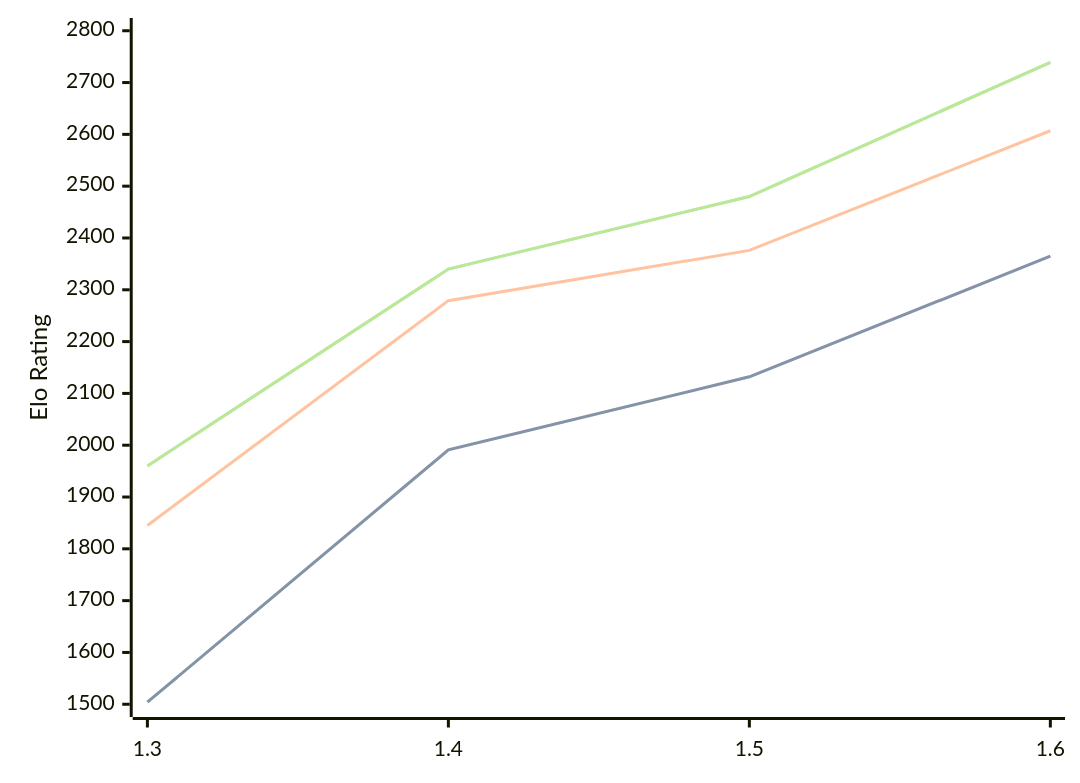
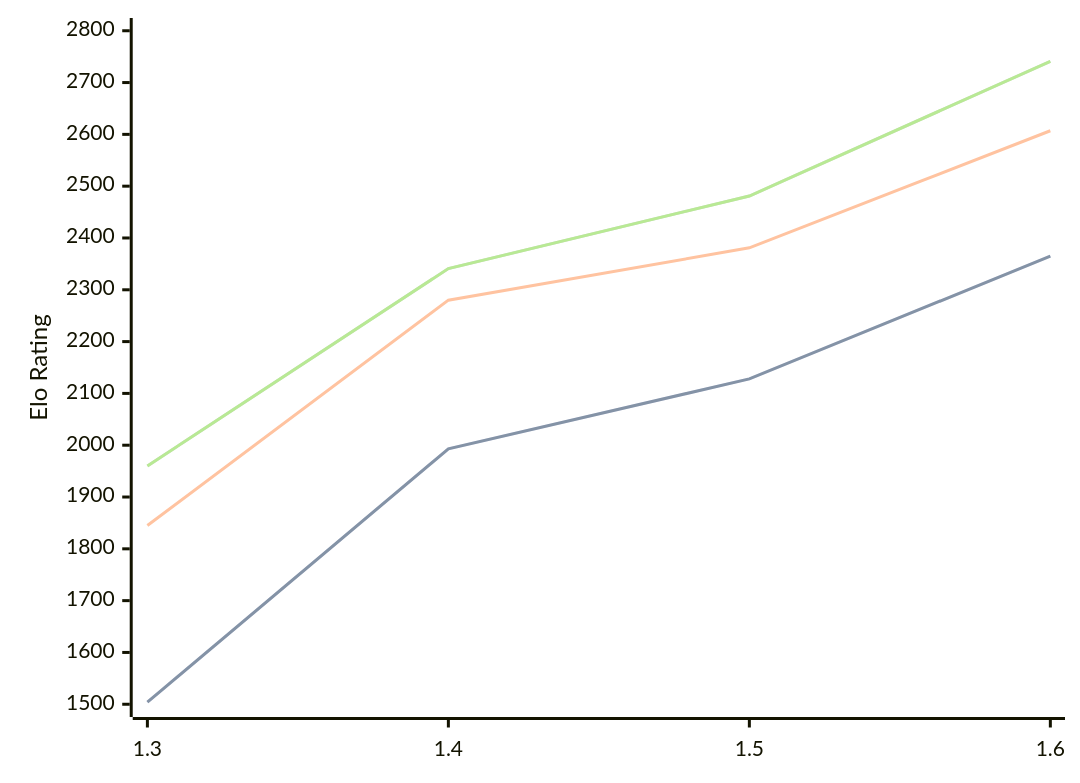
One commit to computer-chess-index/cci changed the diagram in engines/Facon.md. Above: the diagram before and after it, drawn with Mermaid. The commit also changed other lines of this file, not shown here.

Commit message:
Update CCI Ratings (ELO VLTC) - 2026-07-24

````diff
--- a/engines/Facon.md
+++ b/engines/Facon.md
@@ -37,11 +37,11 @@
 ```mermaid
 %%{init: {"theme":"base","themeVariables":{"seriesColors:['#a3a3a3','#222221','#faa371']}}}%%
 xychart-beta
   x-axis ["1.3", "1.4", "1.5", "1.6"]
   y-axis "Elo Rating" 1500 --> 2800
-  line "STC (8.0+0.08s)" [1504, 1991, 2132, 2365]
-  line "STC (8.0+0.08s)" [1504, 1991, 2132, 2365]
-  line "LTC (60.0+0.60s)" [1845, 2279, 2376, 2607]
-  line "VLTC (2m24s+1.12s)" [1960, 2340, 2480, 2739]
-  line "VLTC (2m24s+1.12s)" [1960, 2340, 2480, 2739]
+  line "STC (8.0+0.08s)" [1504, 1993, 2128, 2365]
+  line "STC (8.0+0.08s)" [1504, 1993, 2128, 2365]
+  line "LTC (60.0+0.60s)" [1845, 2280, 2381, 2607]
+  line "VLTC (2m24s+1.12s)" [1960, 2341, 2481, 2741]
+  line "VLTC (2m24s+1.12s)" [1960, 2341, 2481, 2741]
 ```
````
